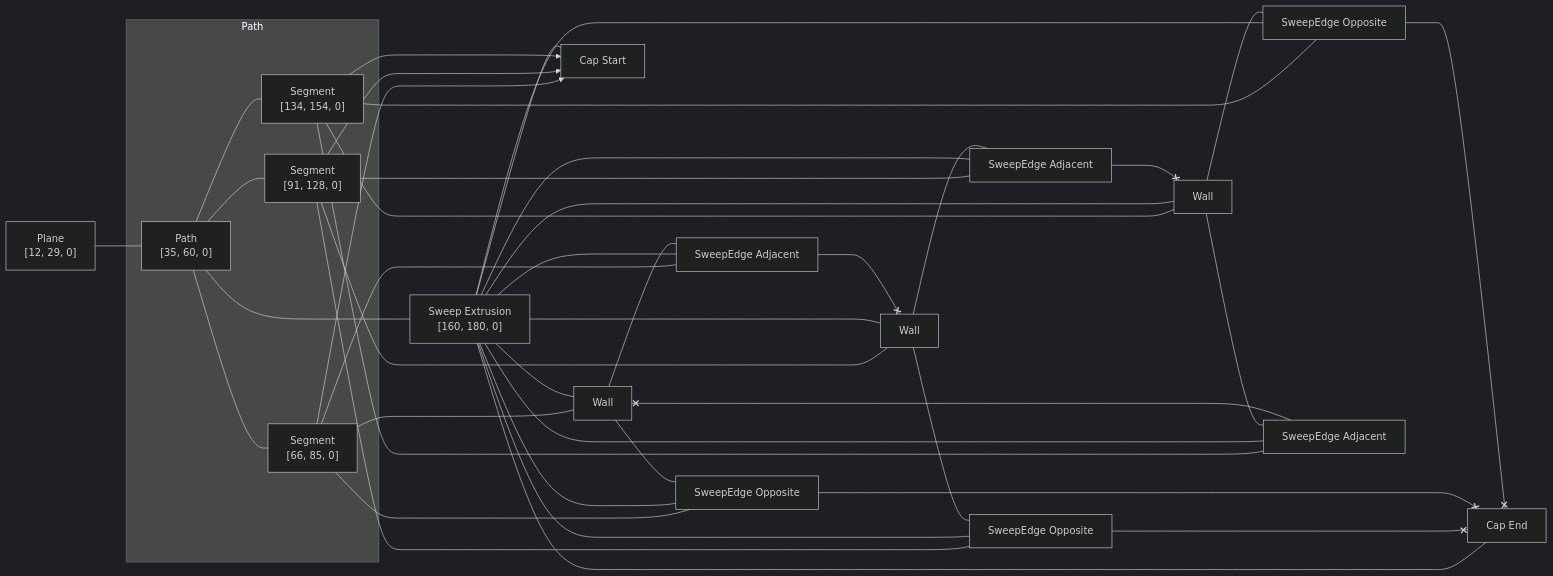
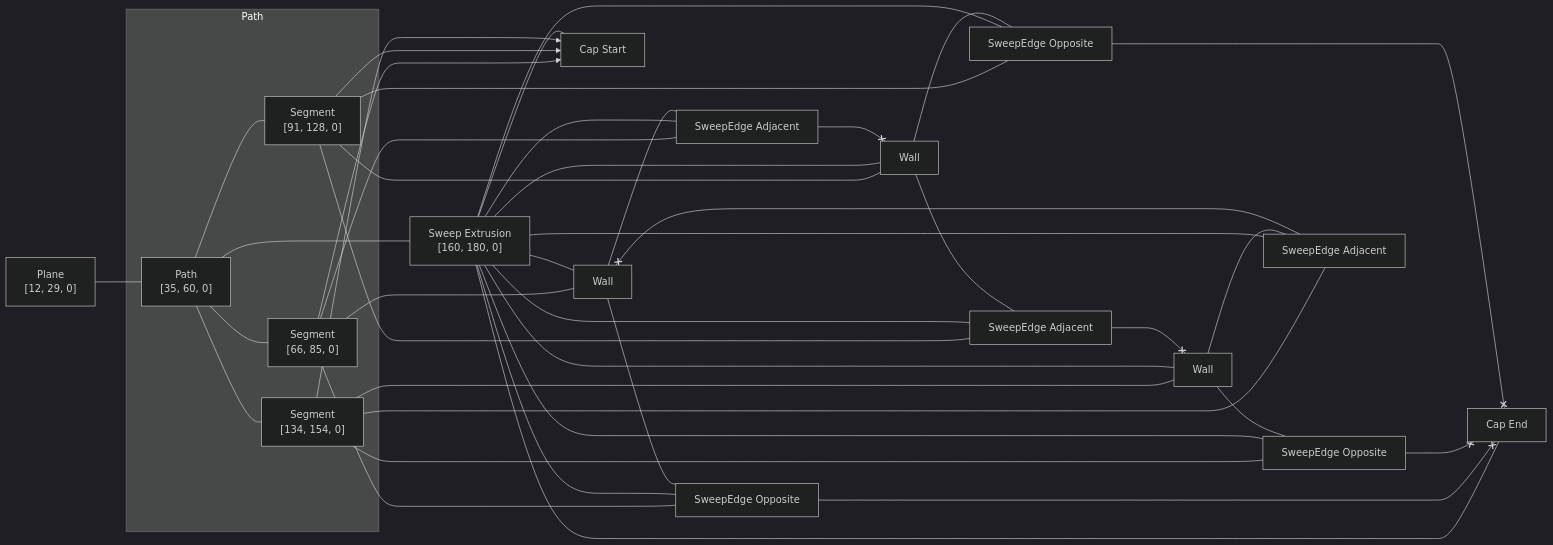
One commit to rajgandhi1/modeling-app changed the diagram in rust/kcl-lib/tests/tangential_arc/artifact_graph_flowchart.snap.md. Above: the diagram before and after it, drawn with Mermaid (dark theme). The commit also changed 110 other files, not shown here.

````diff
--- a/rust/kcl-lib/tests/tangential_arc/artifact_graph_flowchart.snap.md
+++ b/rust/kcl-lib/tests/tangential_arc/artifact_graph_flowchart.snap.md
@@ -1,62 +1,62 @@
 ```mermaid
 flowchart LR
   subgraph path2 [Path]
     2["Path<br>[35, 60, 0]"]
     3["Segment<br>[66, 85, 0]"]
     4["Segment<br>[91, 128, 0]"]
     5["Segment<br>[134, 154, 0]"]
   end
   1["Plane<br>[12, 29, 0]"]
   6["Sweep Extrusion<br>[160, 180, 0]"]
   7[Wall]
   8[Wall]
   9[Wall]
   10["Cap Start"]
   11["Cap End"]
   12["SweepEdge Opposite"]
   13["SweepEdge Opposite"]
   14["SweepEdge Opposite"]
   15["SweepEdge Adjacent"]
   16["SweepEdge Adjacent"]
   17["SweepEdge Adjacent"]
   1 --- 2
   2 --- 3
   2 --- 4
   2 --- 5
   2 ---- 6
   3 --- 9
   3 x--> 10
-  3 --- 13
+  3 --- 12
   3 --- 17
   4 --- 8
   4 x--> 10
-  4 --- 12
-  4 --- 15
+  4 --- 14
+  4 --- 16
   5 --- 7
   5 x--> 10
-  5 --- 14
-  5 --- 16
+  5 --- 13
+  5 --- 15
   6 --- 7
   6 --- 8
   6 --- 9
   6 --- 10
   6 --- 11
   6 --- 12
   6 --- 13
   6 --- 14
   6 --- 15
   6 --- 16
   6 --- 17
-  7 --- 14
-  15 <--x 7
-  7 --- 16
-  8 --- 12
-  8 --- 15
+  7 --- 13
+  7 --- 15
+  16 <--x 7
+  8 --- 14
+  8 --- 16
   17 <--x 8
-  9 --- 13
-  16 <--x 9
+  9 --- 12
+  15 <--x 9
   9 --- 17
   12 <--x 11
   13 <--x 11
   14 <--x 11
 ```
````
